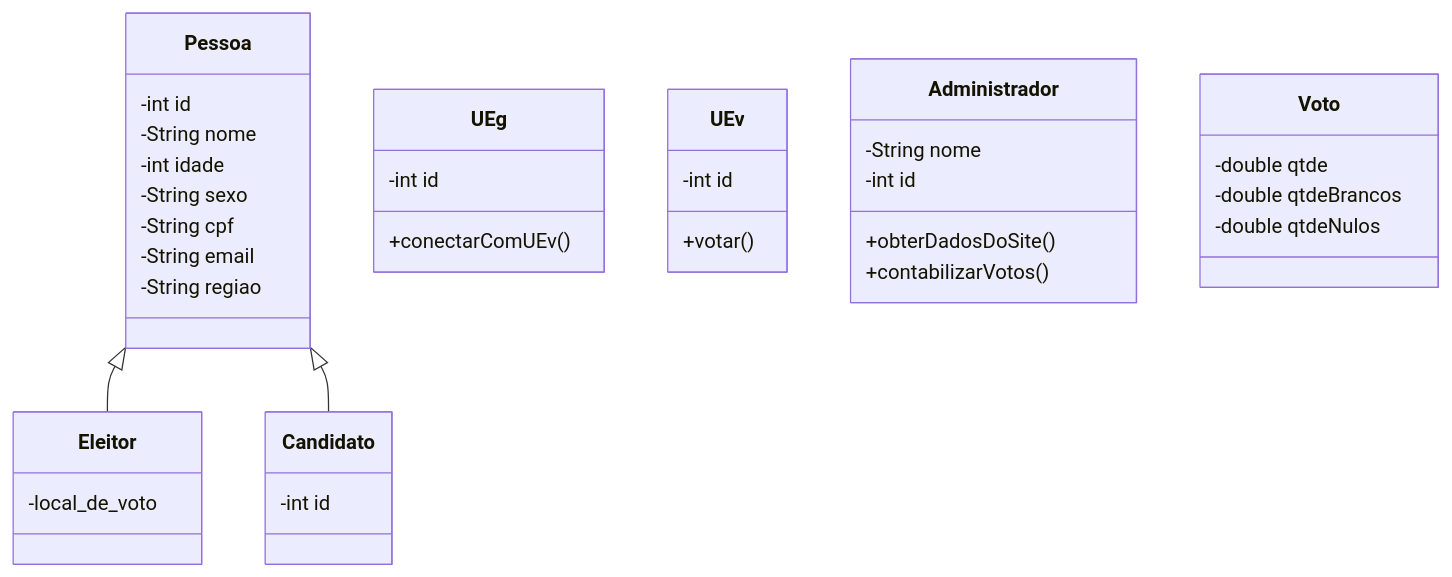
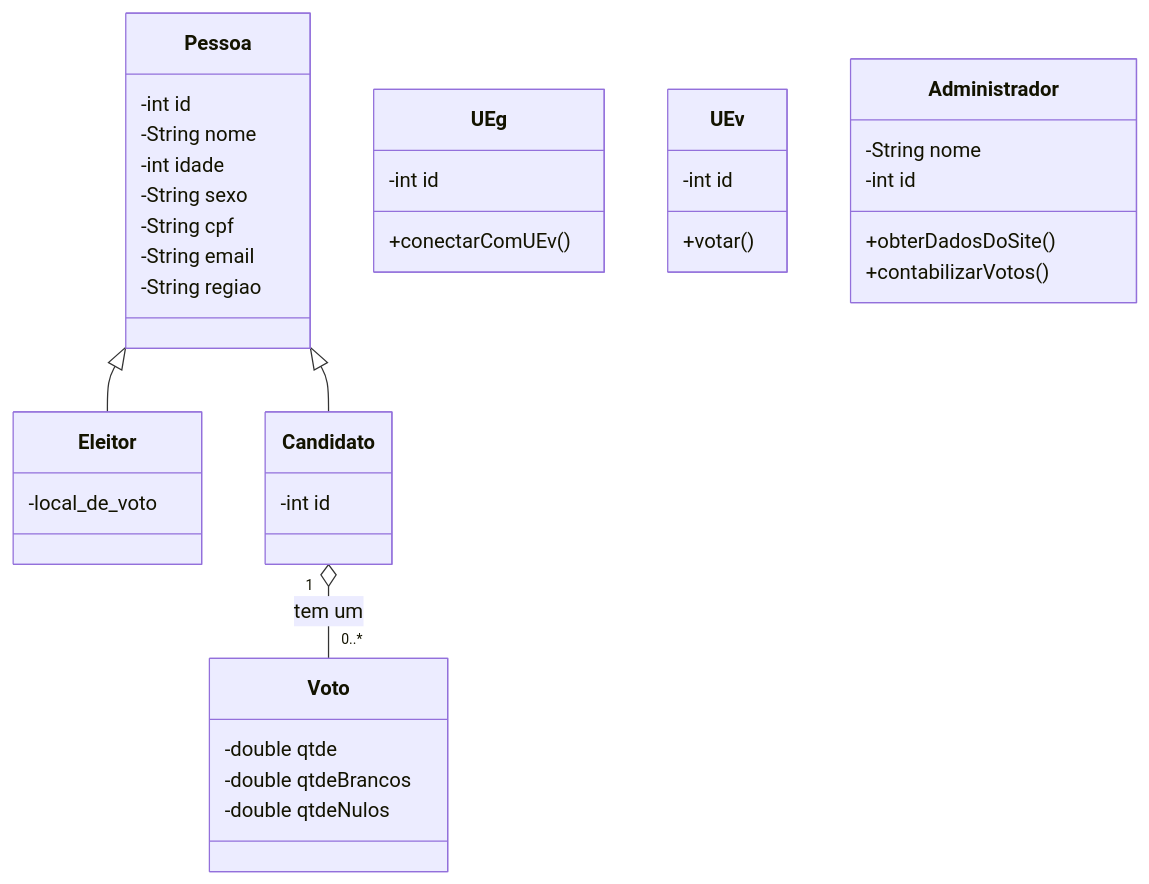
One commit to HenriqueFinatti/Modelagem-De-Software-Orientado-a-Objetos changed the diagram in Diagrama De Classes.md. Above: the diagram before and after it, drawn with Mermaid.

Commit message:
Update Diagrama De Classes.md

````diff
--- a/Diagrama De Classes.md
+++ b/Diagrama De Classes.md
@@ -3,43 +3,45 @@
 ```mermaid
 classDiagram
 Pessoa <|-- Eleitor
 Pessoa <|-- Candidato
 Pessoa: -int id
 Pessoa: -String nome
 Pessoa: -int idade
 Pessoa: -String sexo
 Pessoa: -String cpf
 Pessoa: -String email
 Pessoa: -String regiao
 
 Eleitor: -local_de_voto
 
 class Candidato{
   -int id
 }
 
 class UEg{
   -int id
   +conectarComUEv()
 }
 
 class UEv{
   -int id
   +votar()
 }
 
 class Administrador{
   -String nome
   -int id
  +obterDadosDoSite()
  +contabilizarVotos()
 
 }
 
 class Voto{
   -double qtde
   -double qtdeBrancos
   -double qtdeNulos
 }
 
+Candidato "1" o-- "0..*" Voto : tem um
+
 ```
````
